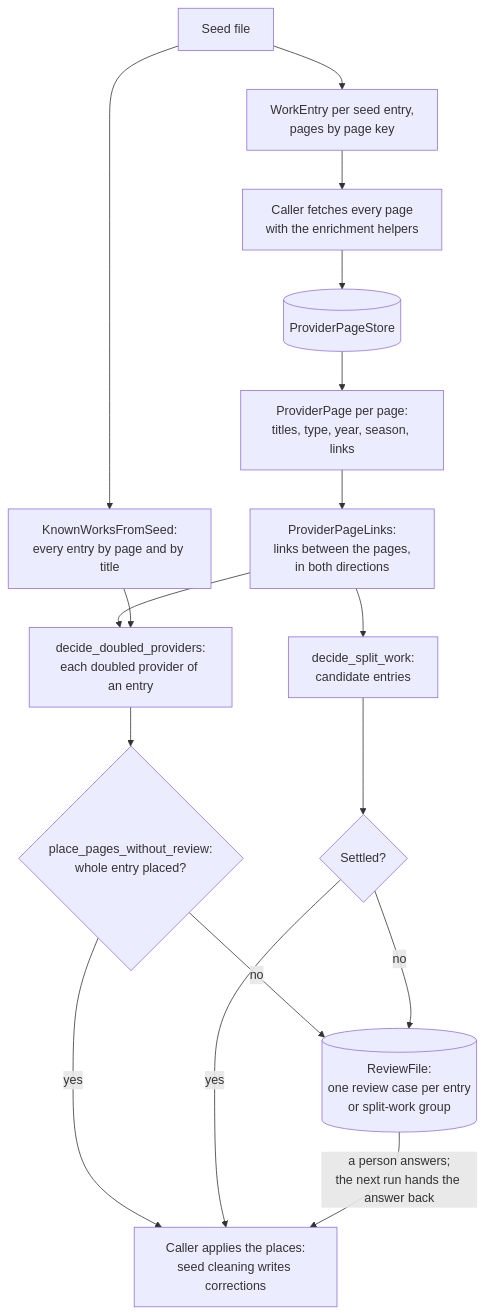
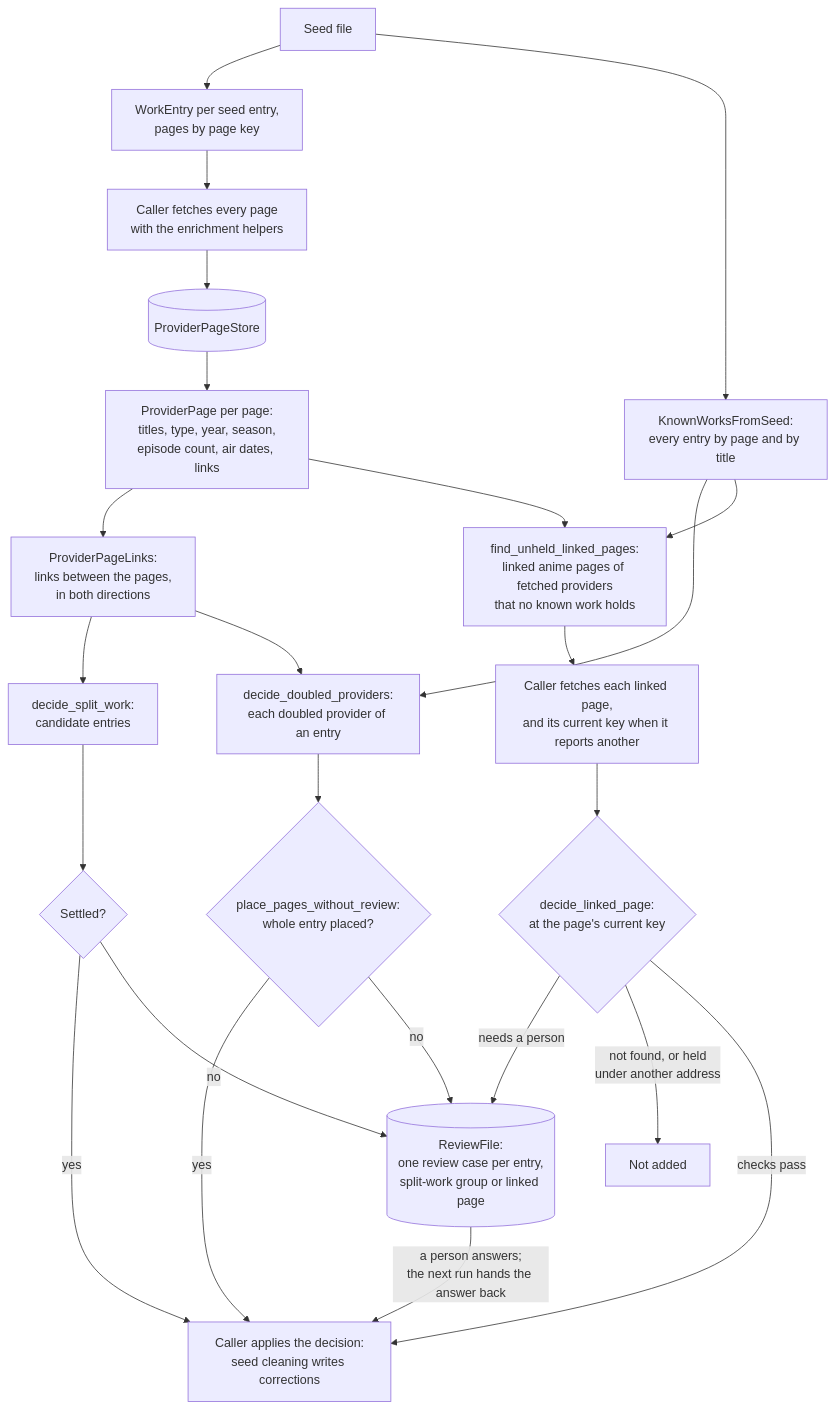
One commit to adnanaq/echora changed the first of 3 diagrams in libs/work_matching/README.md. Above: the diagram before and after it, drawn with Mermaid. The commit also changed other lines of this file and 26 other files, not shown here.

First line of the commit message:
fix(ECHO-71): Judge linked pages at their current key, and rename found pages to searched pages

````diff
--- a/libs/work_matching/README.md
+++ b/libs/work_matching/README.md
@@ -56,19 +56,26 @@
 ```mermaid
 flowchart TD
     seed[Seed file] --> entries[WorkEntry per seed entry,<br/>pages by page key]
     seed --> known[KnownWorksFromSeed:<br/>every entry by page and by title]
     entries --> fetch[Caller fetches every page<br/>with the enrichment helpers]
     fetch --> store[(ProviderPageStore)]
-    store --> pages[ProviderPage per page:<br/>titles, type, year, season, links]
+    store --> pages[ProviderPage per page:<br/>titles, type, year, season,<br/>episode count, air dates, links]
     pages --> links[ProviderPageLinks:<br/>links between the pages,<br/>in both directions]
+    links --> split[decide_split_work:<br/>candidate entries]
     links --> doubled[decide_doubled_providers:<br/>each doubled provider of an entry]
-    links --> split[decide_split_work:<br/>candidate entries]
     known --> doubled
     doubled --> placed{place_pages_without_review:<br/>whole entry placed?}
-    placed -- yes --> caller[Caller applies the places:<br/>seed cleaning writes corrections]
-    placed -- no --> review[(ReviewFile:<br/>one review case per entry<br/>or split-work group)]
+    placed -- yes --> caller[Caller applies the decision:<br/>seed cleaning writes corrections]
+    placed -- no --> review[(ReviewFile:<br/>one review case per entry,<br/>split-work group or linked page)]
     split --> settled{Settled?}
     settled -- yes --> caller
     settled -- no --> review
+    pages --> unheld[find_unheld_linked_pages:<br/>linked anime pages of fetched providers<br/>that no known work holds]
+    known --> unheld
+    unheld --> fetchlinked[Caller fetches each linked page,<br/>and its current key when it reports another]
+    fetchlinked --> linked{decide_linked_page:<br/>at the page's current key}
+    linked -- needs a person --> review
+    linked -- "not found, or held<br/>under another address" --> skipped[Not added]
+    linked -- checks pass --> caller
     review -- "a person answers;<br/>the next run hands the answer back" --> caller
 ```
````
